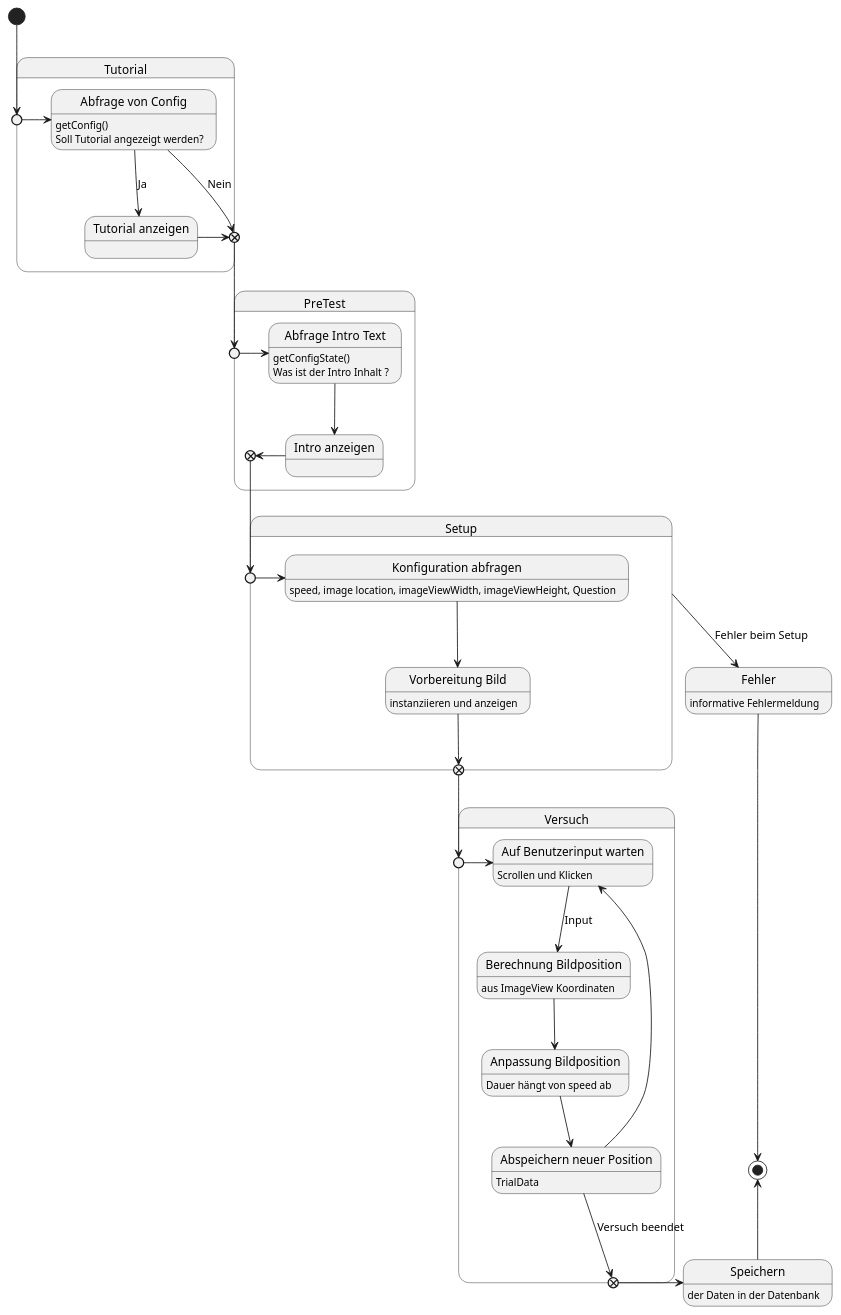
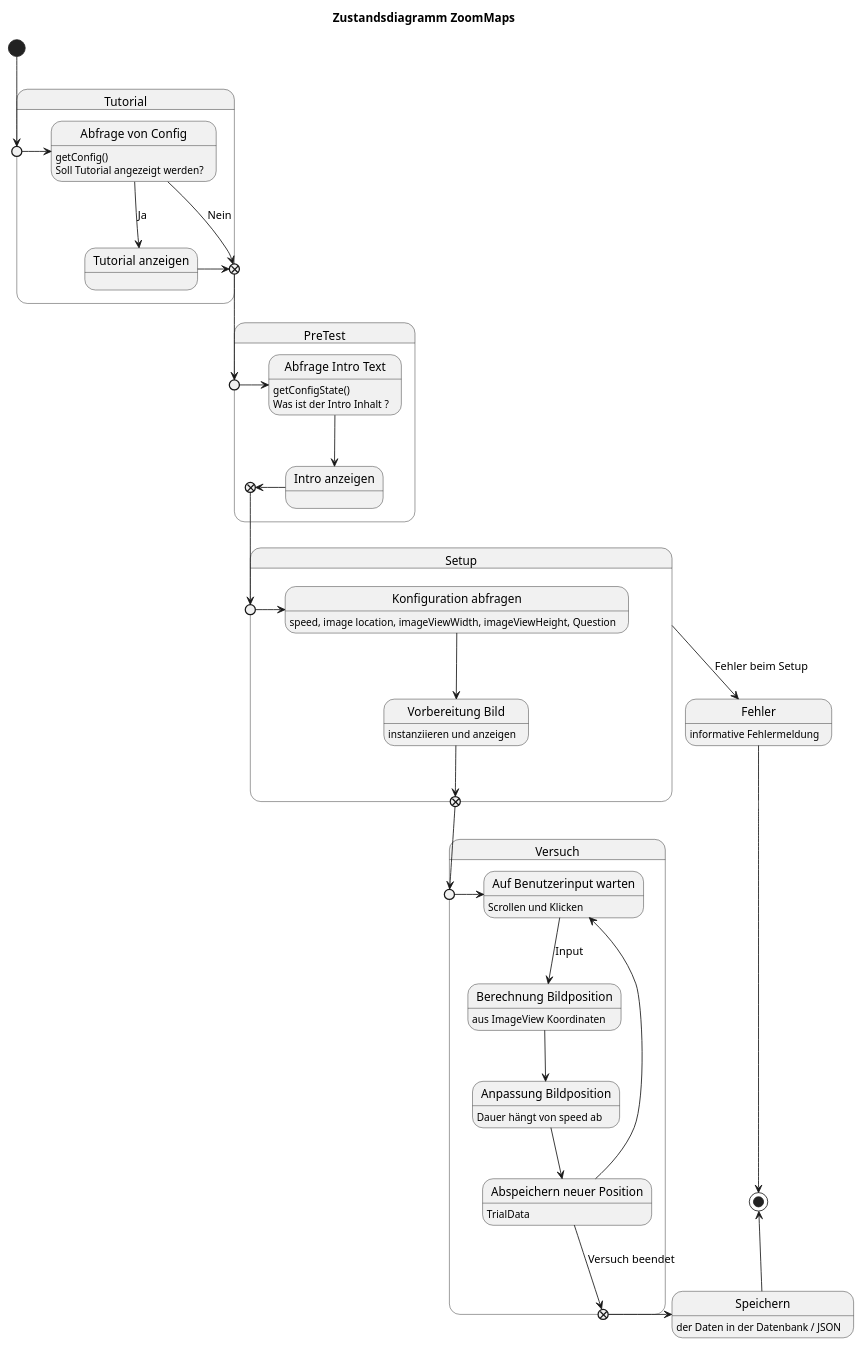
The diagram in uml-state/zoommaps/zustand-zoommaps.puml (weichware-10/dokumente), drawn with PlantUML before and after one commit. The commit also changed 1 other file, not shown here.

```diff
--- a/uml-state/zoommaps/zustand-zoommaps.puml
+++ b/uml-state/zoommaps/zustand-zoommaps.puml
@@ -1,63 +1,64 @@
 @startuml zoommaps
+title Zustandsdiagramm ZoomMaps
 state "Fehler" as err : informative Fehlermeldung
-state Speichern : der Daten in der Datenbank
+state Speichern : der Daten in der Datenbank / JSON
 
 state "Tutorial" as t {
     state " " as tnp <<entryPoint>>
     state " " as txp <<exitPoint>>
     state "Abfrage von Config" as ac : getConfig()\nSoll Tutorial angezeigt werden?
     state "Tutorial anzeigen" as ta
     tnp -l-> ac
     ac --> ta : Ja
     ac --> txp : Nein
     ta -r-> txp
 }
 
 state "PreTest" as p {
     state " " as pnp <<entryPoint>>
     state " " as pxp <<exitPoint>>
     state "Abfrage Intro Text" as it : getConfigState()\nWas ist der Intro Inhalt ?
     state "Intro anzeigen" as ia
     pnp -l-> it
     it --> ia
     ia -r-> pxp
 }
 
 state "Setup" as s {
     state " " as snp <<entryPoint>>
     state " " as sxp <<exitPoint>>
     state "Konfiguration abfragen" as ka : speed, image location, imageViewWidth, imageViewHeight, Question
     state "Vorbereitung Bild" as vb : instanziieren und anzeigen
     snp -l-> ka
     ka --> vb
     vb -d-> sxp
 }
 
 
 state "Versuch" as v {
     state " " as vnp <<entryPoint>>
     state " " as vxp <<exitPoint>>
     state "Auf Benutzerinput warten" as bi : Scrollen und Klicken
     state "Berechnung Bildposition" as bb : aus ImageView Koordinaten
     state "Anpassung Bildposition" as ab : Dauer hängt von speed ab
     state "Abspeichern neuer Position" as ap : TrialData
     vnp -l-> bi
     bi --> bb : Input
     bb --> ab
     ab --> ap
     ap --> bi
     ap -d-> vxp : Versuch beendet
 }
 
 s --> err : Fehler beim Setup
 [*] --> tnp
 
 txp --> pnp
 pxp --> snp
 sxp --> vnp
 vxp -r-> Speichern
 
 Speichern -u-> [*]
 err -d-> [*]
 
 @enduml
```
